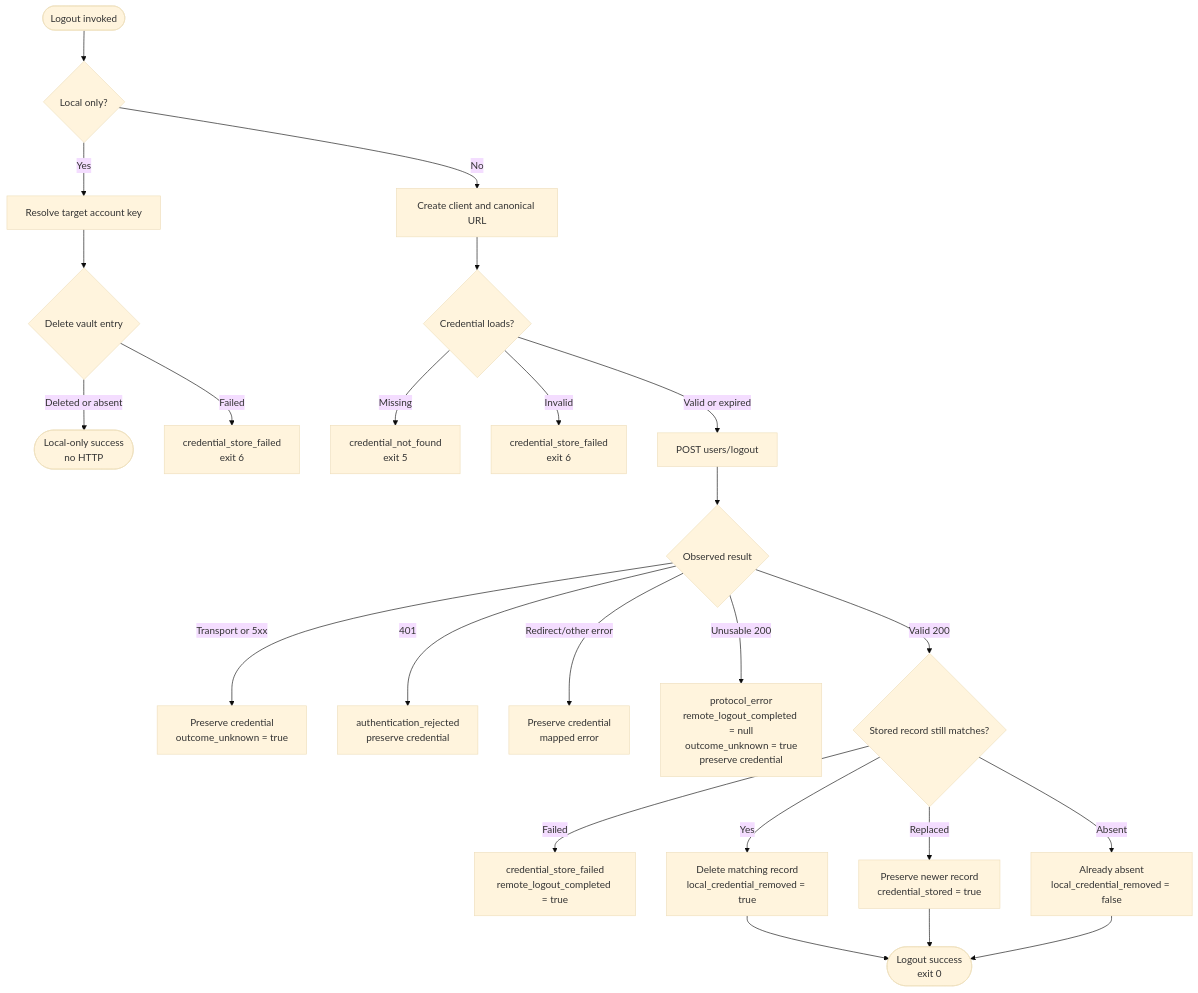
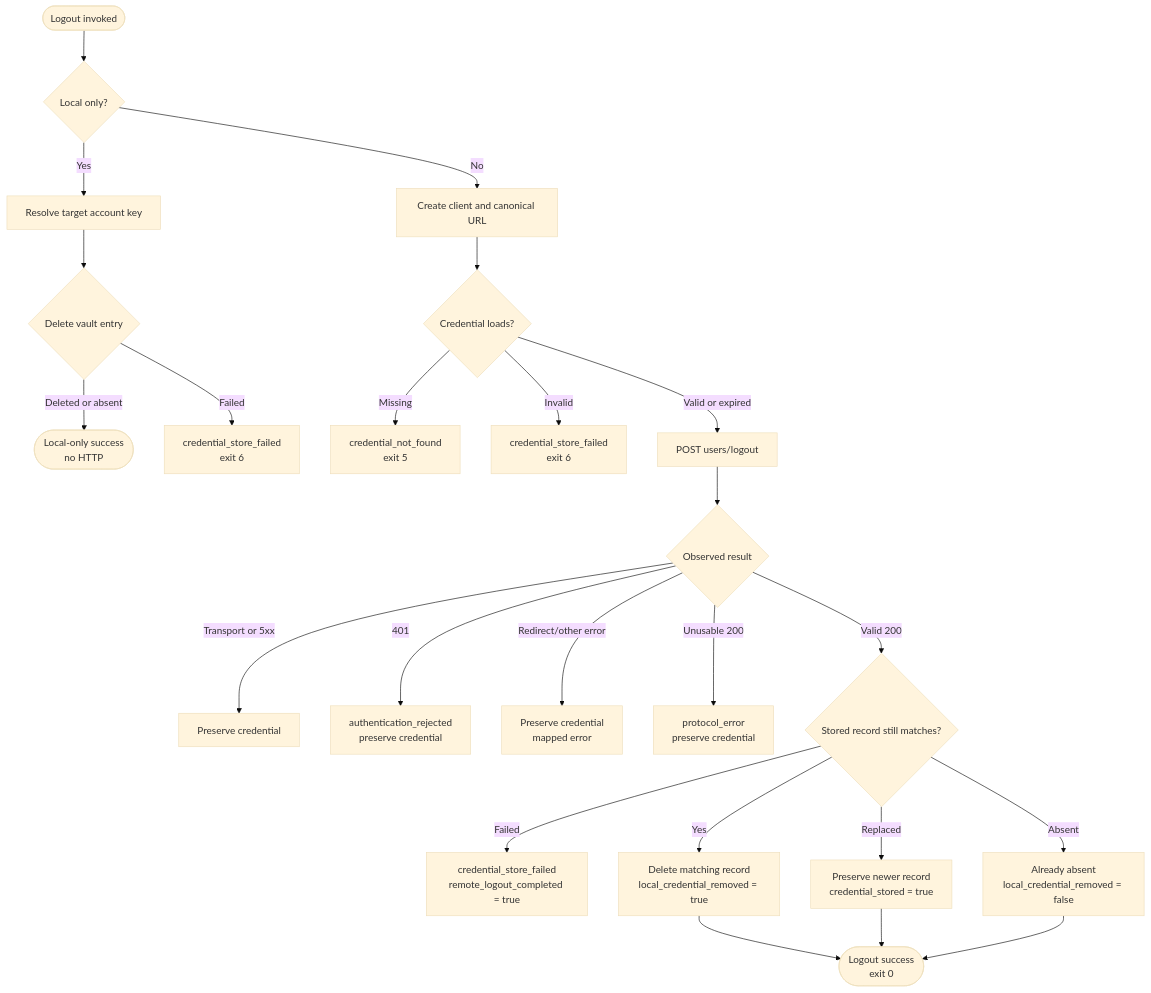
The ninth of 11 diagrams in docs/auth-architecture.md (AhmedLukman/wekan-cli), drawn with Mermaid (base theme) before and after one commit. The commit also changed other lines of this file and 191 other files, not shown here.

````diff
--- a/docs/auth-architecture.md
+++ b/docs/auth-architecture.md
@@ -438,26 +435,26 @@
 ```mermaid
 flowchart TD
     start([Logout invoked]) --> mode{Local only?}
     mode -- Yes --> key[Resolve target account key]
     key --> localdelete{Delete vault entry}
     localdelete -- Deleted or absent --> localsuccess([Local-only success<br/>no HTTP])
     localdelete -- Failed --> localfail[credential_store_failed<br/>exit 6]
     mode -- No --> client[Create client and canonical URL]
     client --> load{Credential loads?}
     load -- Missing --> missing[credential_not_found<br/>exit 5]
     load -- Invalid --> invalid[credential_store_failed<br/>exit 6]
     load -- Valid or expired --> request[POST users/logout]
     request --> response{Observed result}
-    response -- Transport or 5xx --> unknown[Preserve credential<br/>outcome_unknown = true]
+    response -- Transport or 5xx --> requestfail[Preserve credential]
     response -- 401 --> rejected[authentication_rejected<br/>preserve credential]
     response -- Redirect/other error --> error[Preserve credential<br/>mapped error]
-    response -- Unusable 200 --> protocol[protocol_error<br/>remote_logout_completed = null<br/>outcome_unknown = true<br/>preserve credential]
+    response -- Unusable 200 --> protocol[protocol_error<br/>preserve credential]
     response -- Valid 200 --> delete{Stored record still matches?}
     delete -- Failed --> deletefail[credential_store_failed<br/>remote_logout_completed = true]
     delete -- Yes --> removed[Delete matching record<br/>local_credential_removed = true]
     delete -- Replaced --> preserve[Preserve newer record<br/>credential_stored = true]
     delete -- Absent --> absent[Already absent<br/>local_credential_removed = false]
     removed --> success([Logout success<br/>exit 0])
     preserve --> success
     absent --> success
 ```
````
